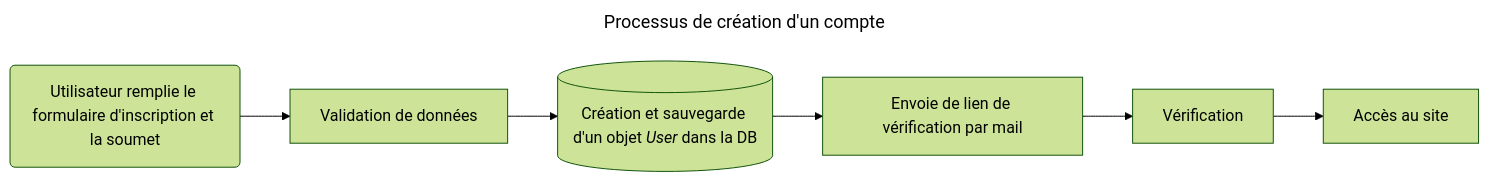
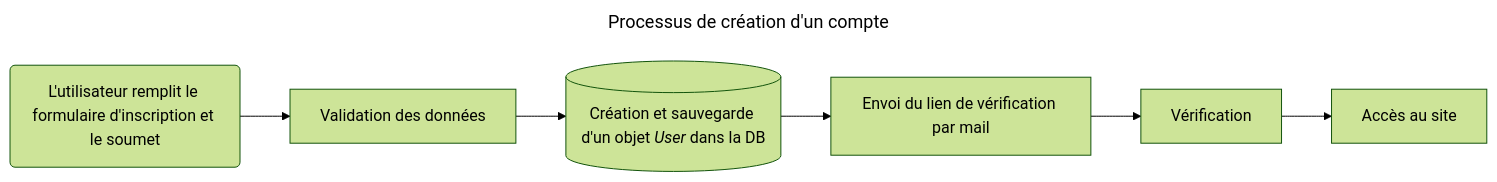
The third of 4 diagrams in rapport.md (Zbebz/caverne-dAli-baba), drawn with Mermaid (forest theme) before and after one commit. The commit also changed other lines of this file, not shown here.

````diff
--- a/rapport.md
+++ b/rapport.md
@@ -189,7 +189,7 @@
 ```mermaid
 ---
 title: Processus de création d'un compte
 ---
 flowchart LR
-id1("`Utilisateur remplie le formulaire d'inscription et la soumet`")-->id2[Validation de données]-->id3[("`Création et sauvegarde d'un objet *User* dans la DB`")]-->id4["`Envoie de lien de vérification par mail`" ]-->id5["`Vérification`" ]-->id6["`Accès au site`" ]
+id1("`L'utilisateur remplit le formulaire d'inscription et le soumet`")-->id2[Validation des données]-->id3[("`Création et sauvegarde d'un objet *User* dans la DB`")]-->id4["`Envoi du lien de vérification par mail`" ]-->id5["`Vérification`" ]-->id6["`Accès au site`" ]
 ```
````
